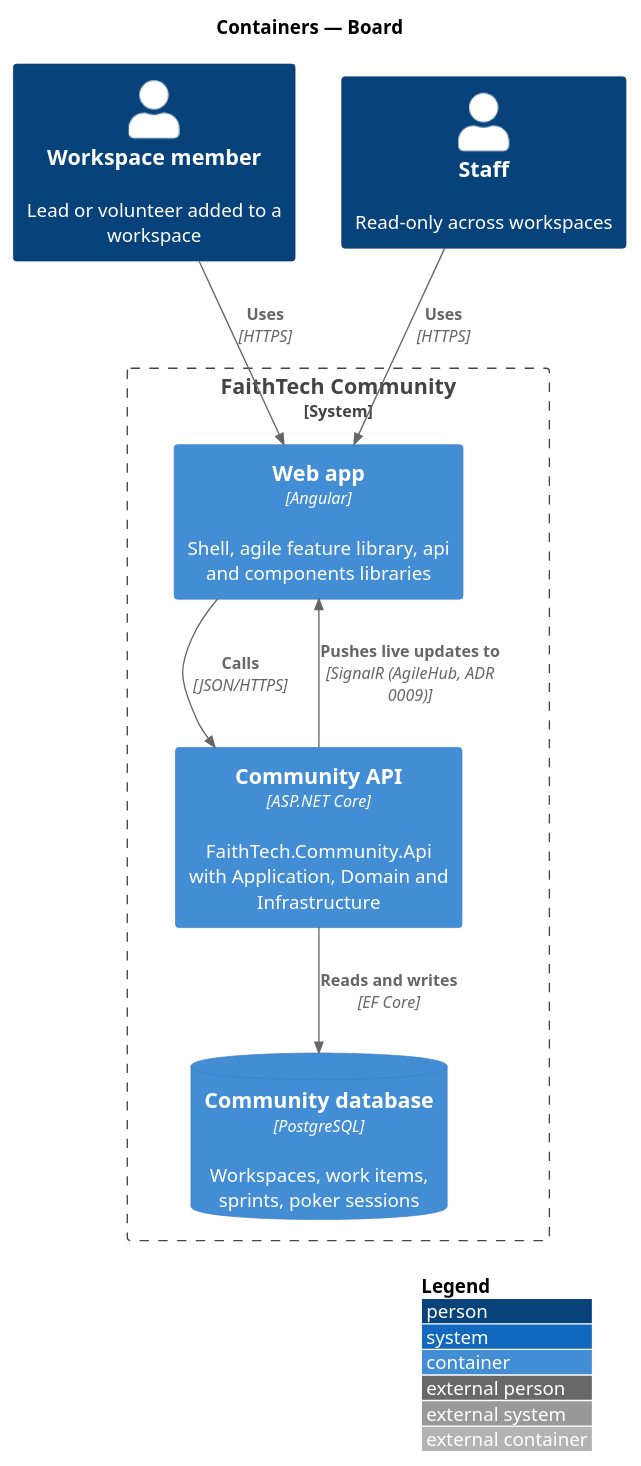
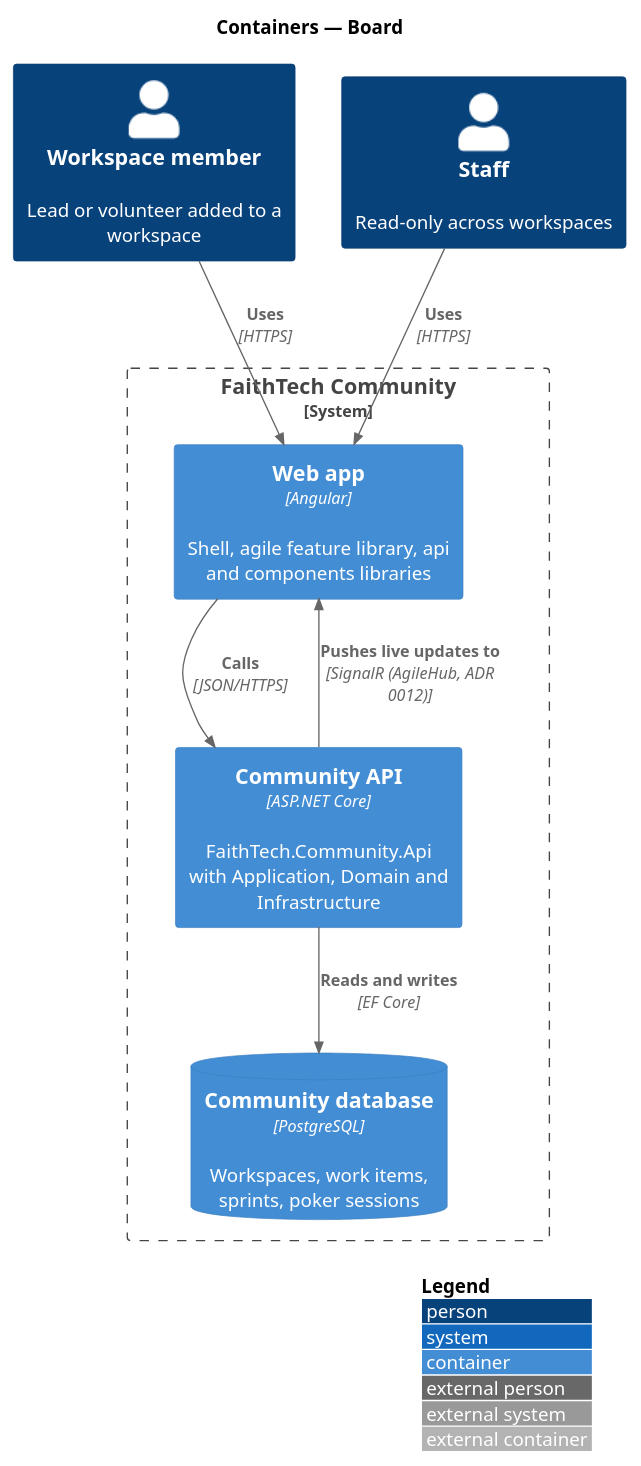
The diagram in docs/detailed-designs/agile/board/diagrams/c4-container.puml (QuinntyneBrown/faithtech-community), drawn with PlantUML before and after one commit. The commit also changed 46 other files, not shown here.

```diff
--- a/docs/detailed-designs/agile/board/diagrams/c4-container.puml
+++ b/docs/detailed-designs/agile/board/diagrams/c4-container.puml
@@ -1,19 +1,19 @@
 @startuml
 !include <C4/C4_Container>
 LAYOUT_WITH_LEGEND()
 title Containers — Board
 
 Person(member, "Workspace member", "Lead or volunteer added to a workspace")
 Person(staff, "Staff", "Read-only across workspaces")
 System_Boundary(ftc, "FaithTech Community") {
   Container(web, "Web app", "Angular", "Shell, agile feature library, api and components libraries")
   Container(api, "Community API", "ASP.NET Core", "FaithTech.Community.Api with Application, Domain and Infrastructure")
   ContainerDb(db, "Community database", "PostgreSQL", "Workspaces, work items, sprints, poker sessions")
 }
 
 Rel(member, web, "Uses", "HTTPS")
 Rel(staff, web, "Uses", "HTTPS")
 Rel(web, api, "Calls", "JSON/HTTPS")
-Rel(api, web, "Pushes live updates to", "SignalR (AgileHub, ADR 0009)")
+Rel(api, web, "Pushes live updates to", "SignalR (AgileHub, ADR 0012)")
 Rel(api, db, "Reads and writes", "EF Core")
 @enduml
```
